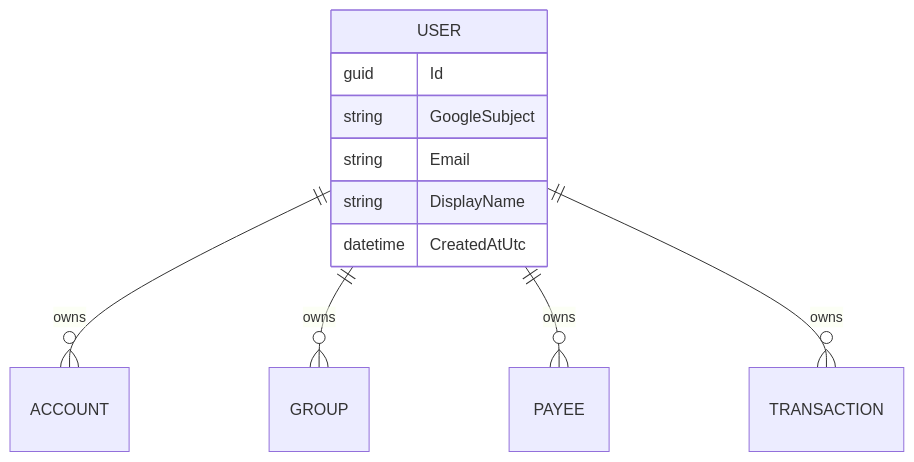
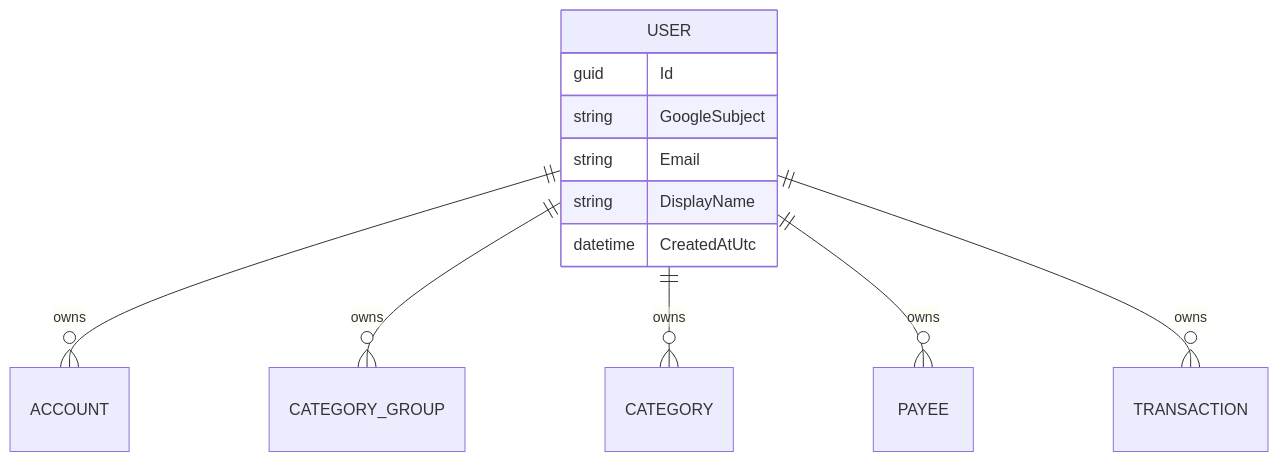
One commit to anton-kochev/budgetoid changed the first of 2 diagrams in docs/business-logic/users-and-ownership.md. Above: the diagram before and after it, drawn with Mermaid. The commit also changed other lines of this file and 139 other files, not shown here.

````diff
--- a/docs/business-logic/users-and-ownership.md
+++ b/docs/business-logic/users-and-ownership.md
@@ -30,14 +30,15 @@
 ```mermaid
 erDiagram
     USER ||--o{ ACCOUNT : owns
-    USER ||--o{ GROUP : owns
+    USER ||--o{ CATEGORY_GROUP : owns
+    USER ||--o{ CATEGORY : owns
     USER ||--o{ PAYEE : owns
     USER ||--o{ TRANSACTION : owns
     USER {
         guid Id
         string GoogleSubject
         string Email
         string DisplayName
         datetime CreatedAtUtc
     }
 ```
````
